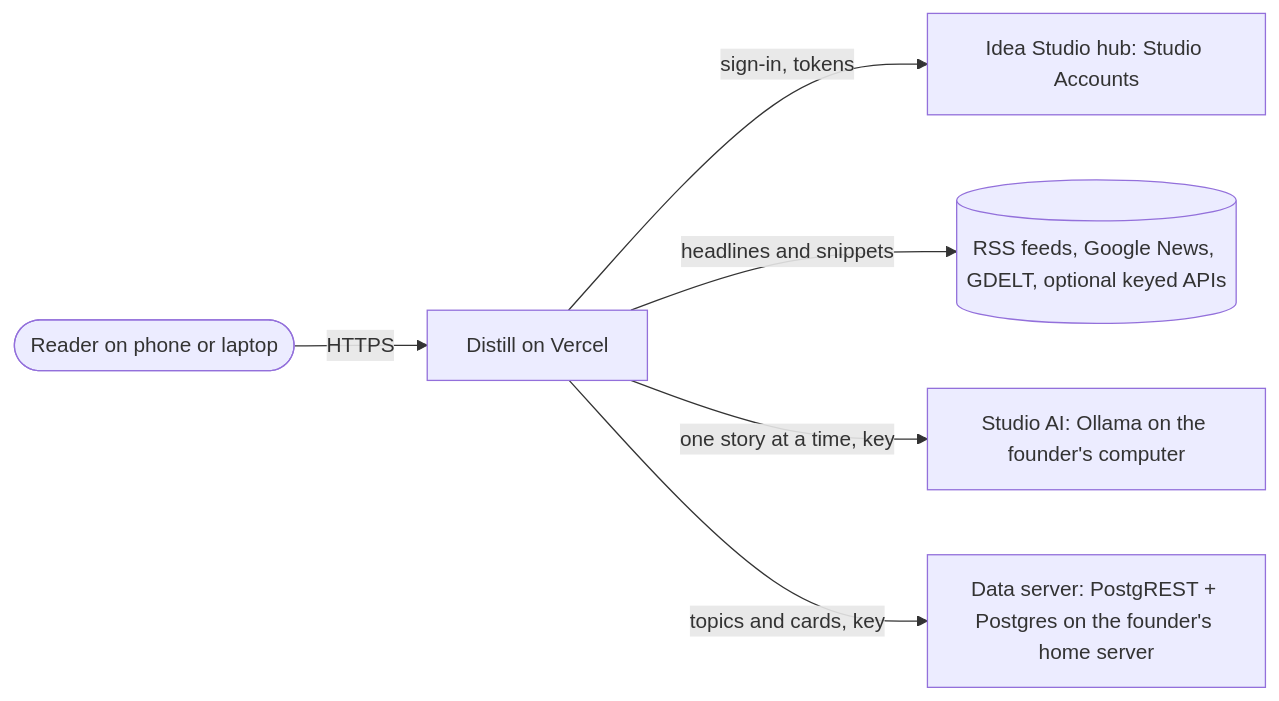
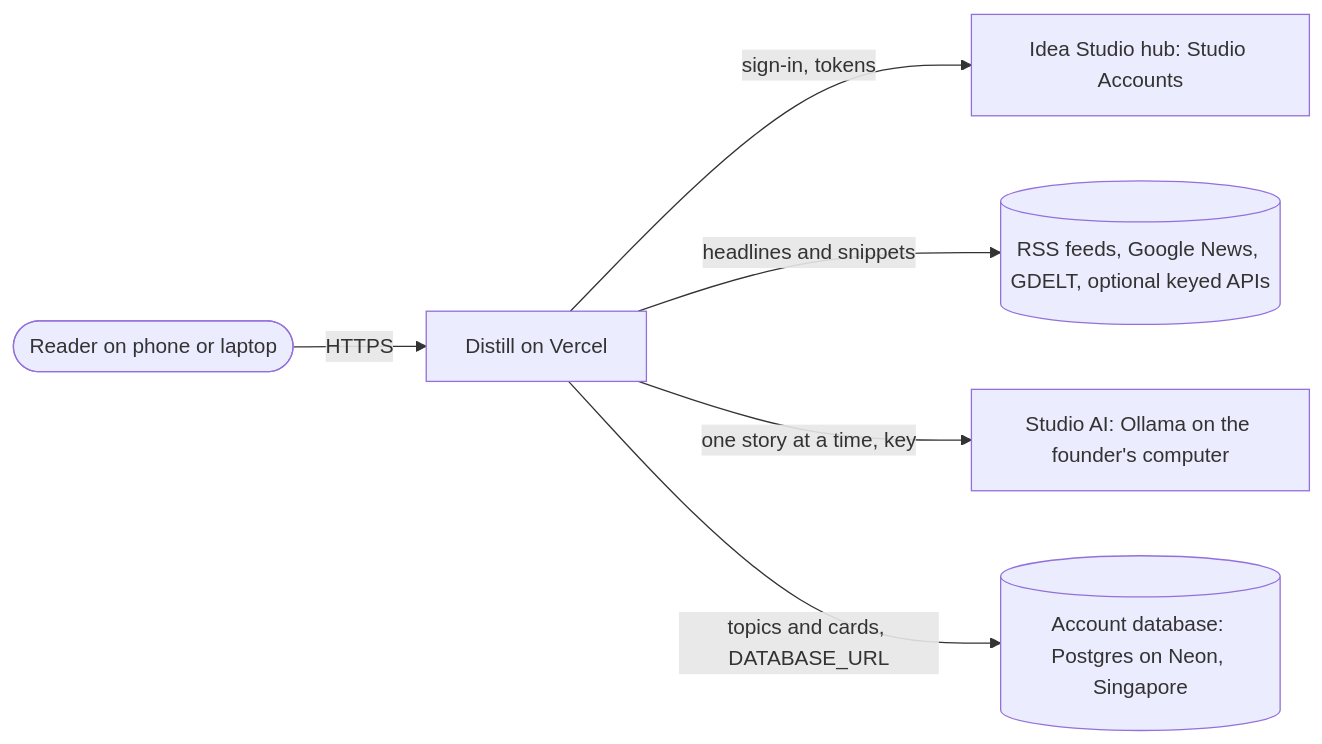
One commit to akkiverse/distill changed the first of 2 diagrams in docs/architecture/ARCHITECTURE.md. Above: the diagram before and after it, drawn with Mermaid. The commit also changed other lines of this file and 22 other files, not shown here.

First line of the commit message:
Distill: Keep topics and saved cards in each person's account (CR-0002) (#9)

````diff
--- a/docs/architecture/ARCHITECTURE.md
+++ b/docs/architecture/ARCHITECTURE.md
@@ -9,8 +9,8 @@
 ```mermaid
 flowchart LR
   reader([Reader on phone or laptop]) -->|HTTPS| app[Distill on Vercel]
   app -->|sign-in, tokens| hub[Idea Studio hub: Studio Accounts]
   app -->|headlines and snippets| news[(RSS feeds, Google News, GDELT, optional keyed APIs)]
   app -->|one story at a time, key| ai[Studio AI: Ollama on the founder's computer]
-  app -->|topics and cards, key| data[Data server: PostgREST + Postgres on the founder's home server]
+  app -->|topics and cards, DATABASE_URL| data[(Account database: Postgres on Neon, Singapore)]
 ```
````
